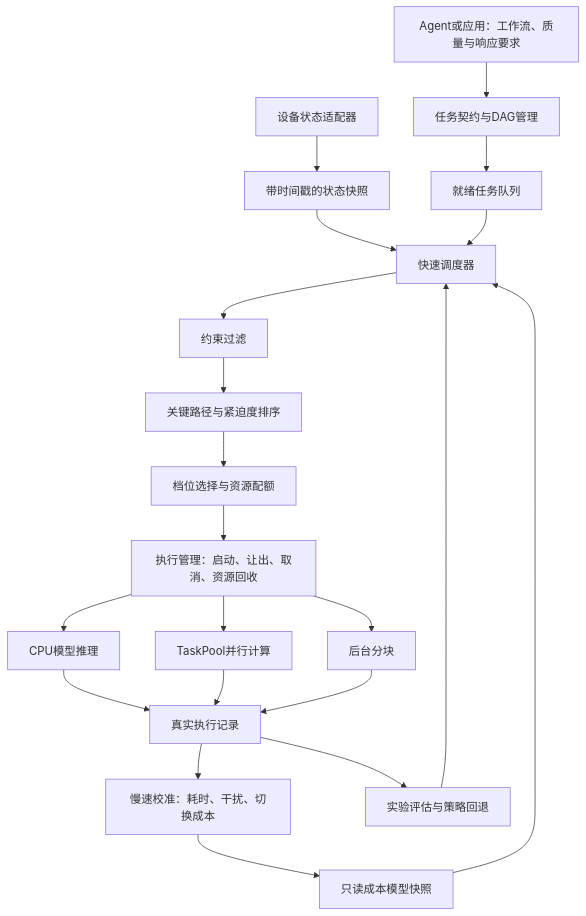
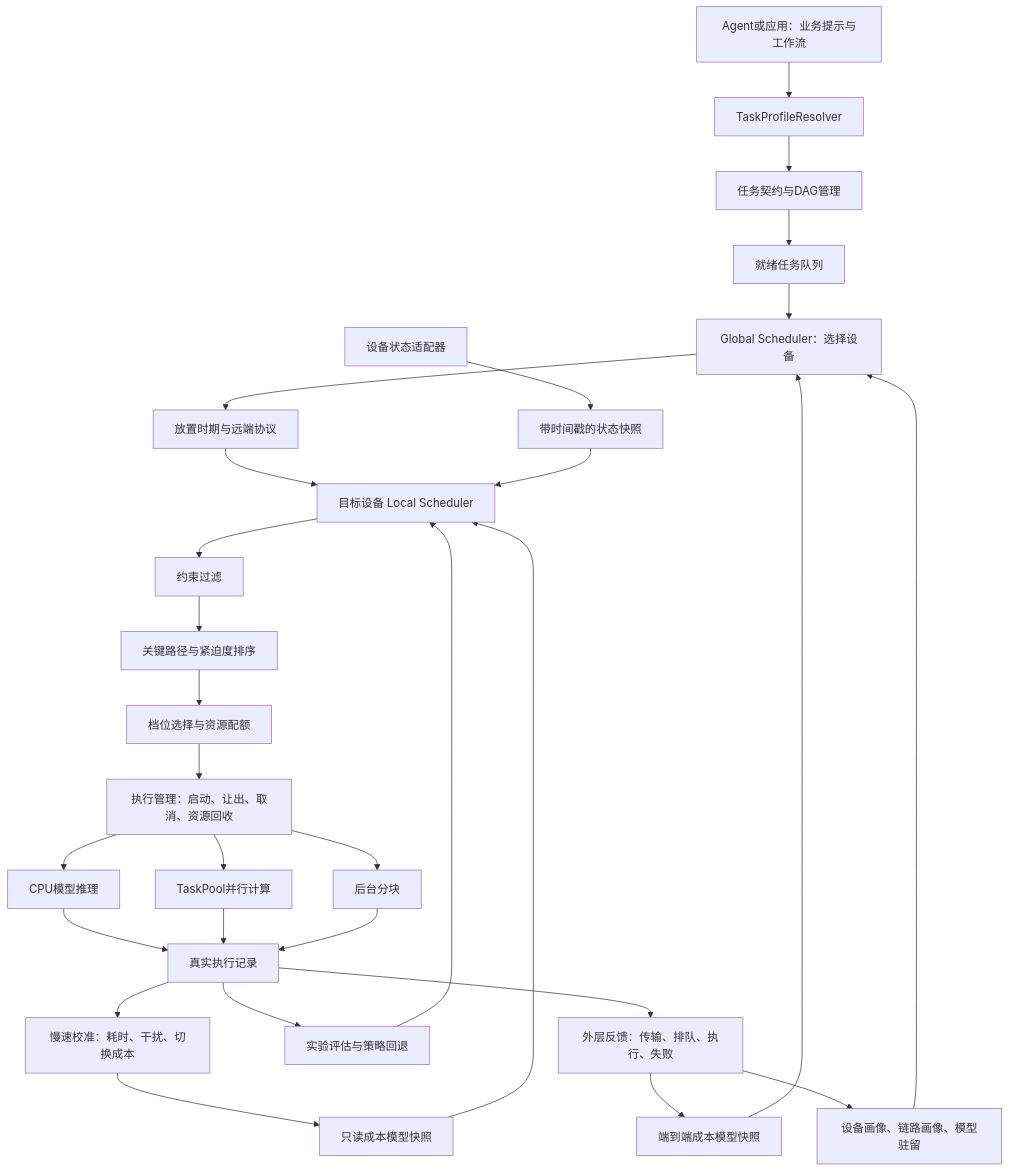
The diagram in harmony-agent/docs/14-调度算法与成本模型设计方案-待审核.md (fangluyang7-debug/Cixin), drawn with Mermaid before and after one commit. The commit also changed other lines of this file, not shown here.

````diff
--- a/harmony-agent/docs/14-调度算法与成本模型设计方案-待审核.md
+++ b/harmony-agent/docs/14-调度算法与成本模型设计方案-待审核.md
@@ -66,23 +78,31 @@
 ```mermaid
 flowchart TD
-    A[Agent或应用：工作流、质量与响应要求] --> B[任务契约与DAG管理]
+    A[Agent或应用：业务提示与工作流] --> R[TaskProfileResolver]
+    R --> B[任务契约与DAG管理]
     B --> C[就绪任务队列]
+    C --> V[Global Scheduler：选择设备]
+    W[设备画像、链路画像、模型驻留] --> V
+    X[端到端成本模型快照] --> V
+    V --> Y[放置时期与远端协议]
+    Y --> F[目标设备 Local Scheduler]
     D[设备状态适配器] --> E[带时间戳的状态快照]
-    E --> F[快速调度器]
-    C --> F
+    E --> F
     G[只读成本模型快照] --> F
     F --> H[约束过滤]
     H --> I[关键路径与紧迫度排序]
     I --> J[档位选择与资源配额]
     J --> K[执行管理：启动、让出、取消、资源回收]
     K --> L[CPU模型推理]
     K --> M[TaskPool并行计算]
     K --> N[后台分块]
     L --> O[真实执行记录]
     M --> O
     N --> O
     O --> P[慢速校准：耗时、干扰、切换成本]
     P --> G
     O --> Q[实验评估与策略回退]
     Q --> F
+    O --> Z[外层反馈：传输、排队、执行、失败]
+    Z --> X
+    Z --> W
 ```
````
